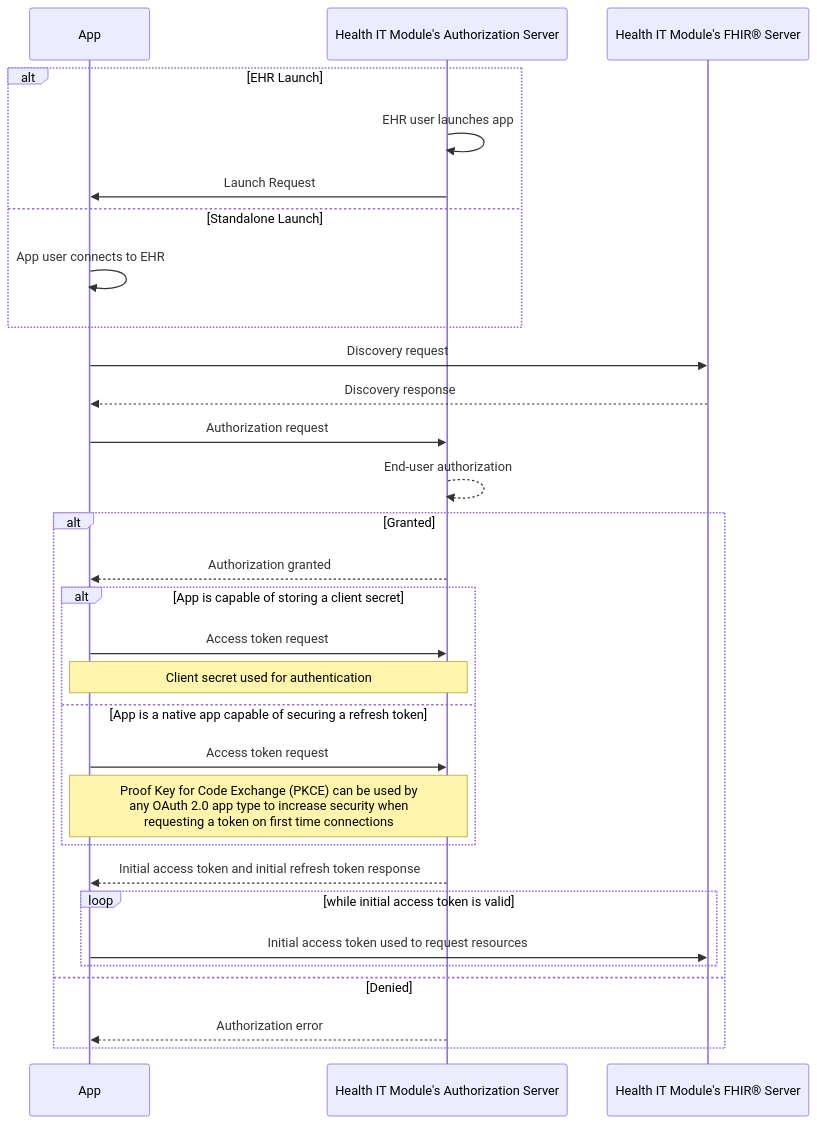
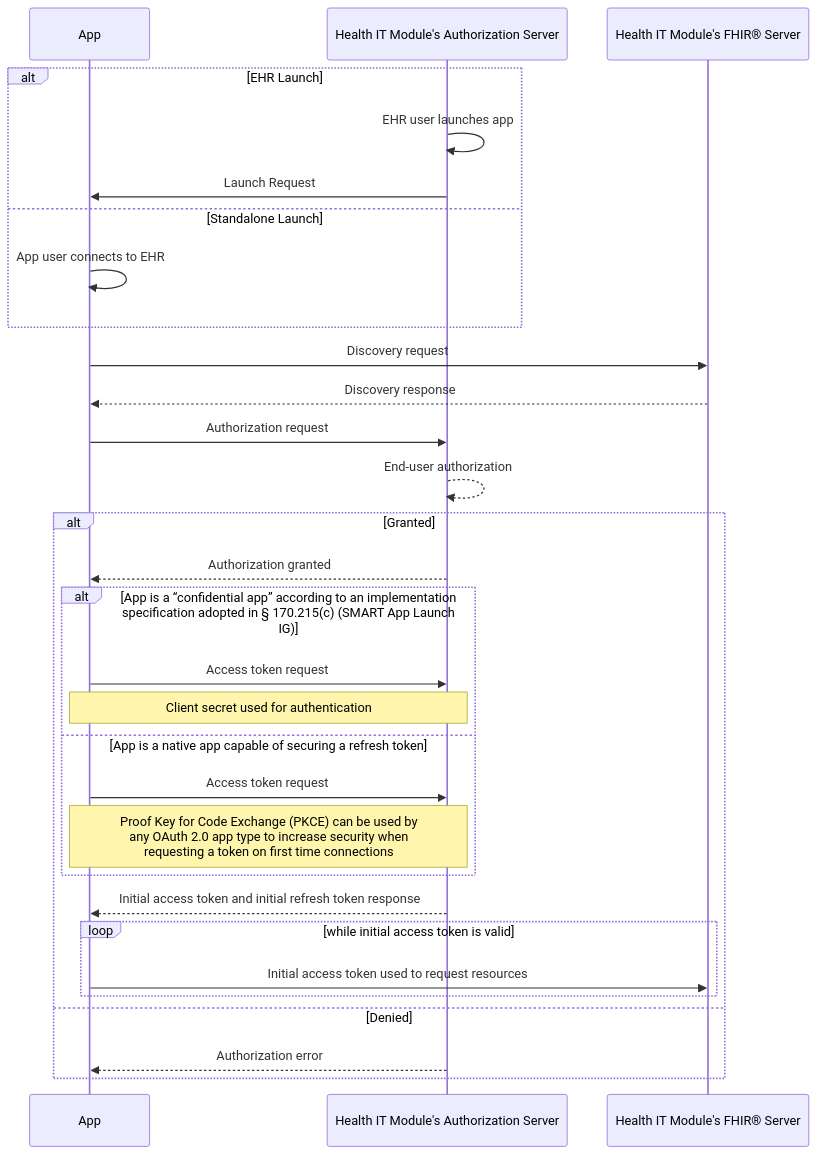
The first of 5 diagrams in docs/g10-criterion.md (onc-healthit/api-resource-guide), drawn with Mermaid before and after one commit. The commit also changed other lines of this file, not shown here.

Commit message:
updating client secrret language

````diff
--- a/docs/g10-criterion.md
+++ b/docs/g10-criterion.md
@@ -260,33 +260,33 @@
 	``` mermaid
 	sequenceDiagram
 		participant app as App
 		participant authz as Health IT Module's Authorization Server
 		participant fhir as Health IT Module's FHIR® Server
 
 		alt EHR Launch
 			authz ->> authz: EHR user launches app
 			authz ->> app: Launch Request
 		else Standalone Launch
 			app ->> app: App user connects to EHR
 		end
 		app ->> fhir: Discovery request
 		fhir -->> app: Discovery response
 		app ->> authz: Authorization request
 		authz -->> authz: End-user authorization
 		alt Granted
 			authz -->> app: Authorization granted
-            alt App is capable of storing a client secret
+            alt App is a “confidential app” according to an implementation specification adopted in § 170.215(c) (SMART App Launch IG)
 			app ->> authz: Access token request
 			note over app,authz: Client secret used for authentication
             else App is a native app capable of securing a refresh token
 			app ->> authz: Access token request
             note over app,authz: Proof Key for Code Exchange (PKCE) can be used by <br/> any OAuth 2.0 app type to increase security when <br/> requesting a token on first time connections
             end
 			authz -->> app: Initial access token and initial refresh token response
 			loop while initial access token is valid
 				app ->> fhir: Initial access token used to request resources
 			end
 		else Denied
 			authz -->> app: Authorization error
 		end
 	```
````
